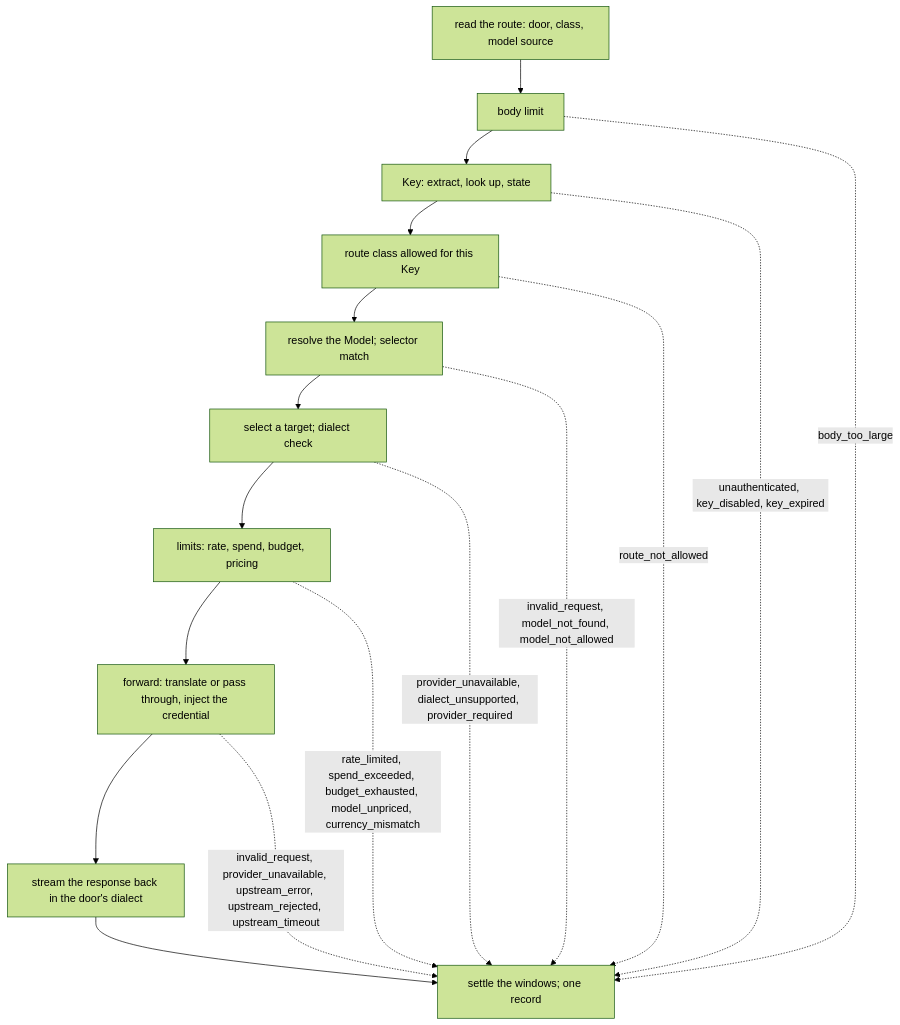
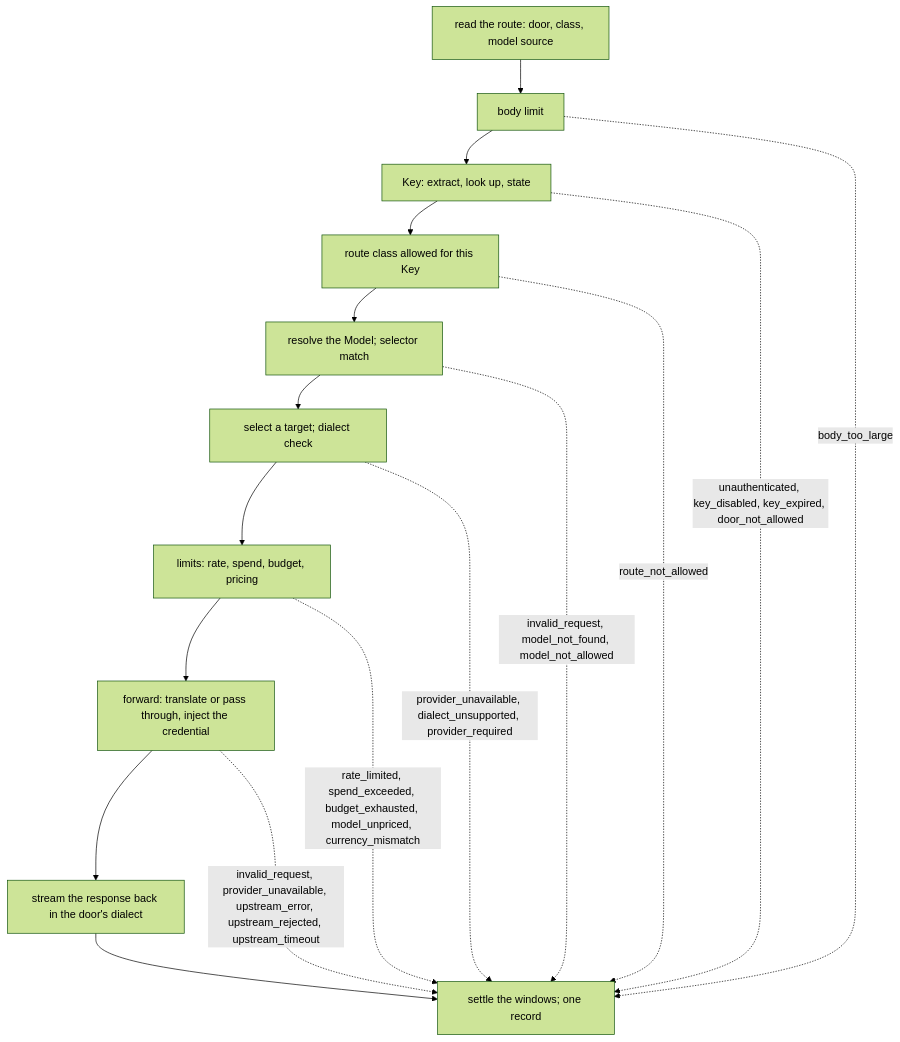
One commit to latere-ai/lux changed the diagram in specs/004-request-path.md. Above: the diagram before and after it, drawn with Mermaid (forest theme). The commit also changed other lines of this file and 5 other files, not shown here.

Commit message:
specs: 003, 004, 007, 009, and 011 name spec.doors, door_not_allowed, and request_label where the fields, the stages, the key cache, and the routes are

````diff
--- a/specs/004-request-path.md
+++ b/specs/004-request-path.md
@@ -192,19 +192,19 @@
 ```mermaid
 flowchart TD
   A[read the route: door, class, model source] --> B[body limit]
   B --> C[Key: extract, look up, state]
   C --> D[route class allowed for this Key]
   D --> E[resolve the Model; selector match]
   E --> F[select a target; dialect check]
   F --> G[limits: rate, spend, budget, pricing]
   G --> H[forward: translate or pass through, inject the credential]
   H --> I[stream the response back in the door's dialect]
   I --> J[settle the windows; one record]
   B -. body_too_large .-> J
-  C -. unauthenticated, key_disabled, key_expired .-> J
+  C -. unauthenticated, key_disabled, key_expired, door_not_allowed .-> J
   D -. route_not_allowed .-> J
   E -. invalid_request, model_not_found, model_not_allowed .-> J
   F -. provider_unavailable, dialect_unsupported, provider_required .-> J
   G -. rate_limited, spend_exceeded, budget_exhausted, model_unpriced, currency_mismatch .-> J
   H -. invalid_request, provider_unavailable, upstream_error, upstream_rejected, upstream_timeout .-> J
 ```
````
